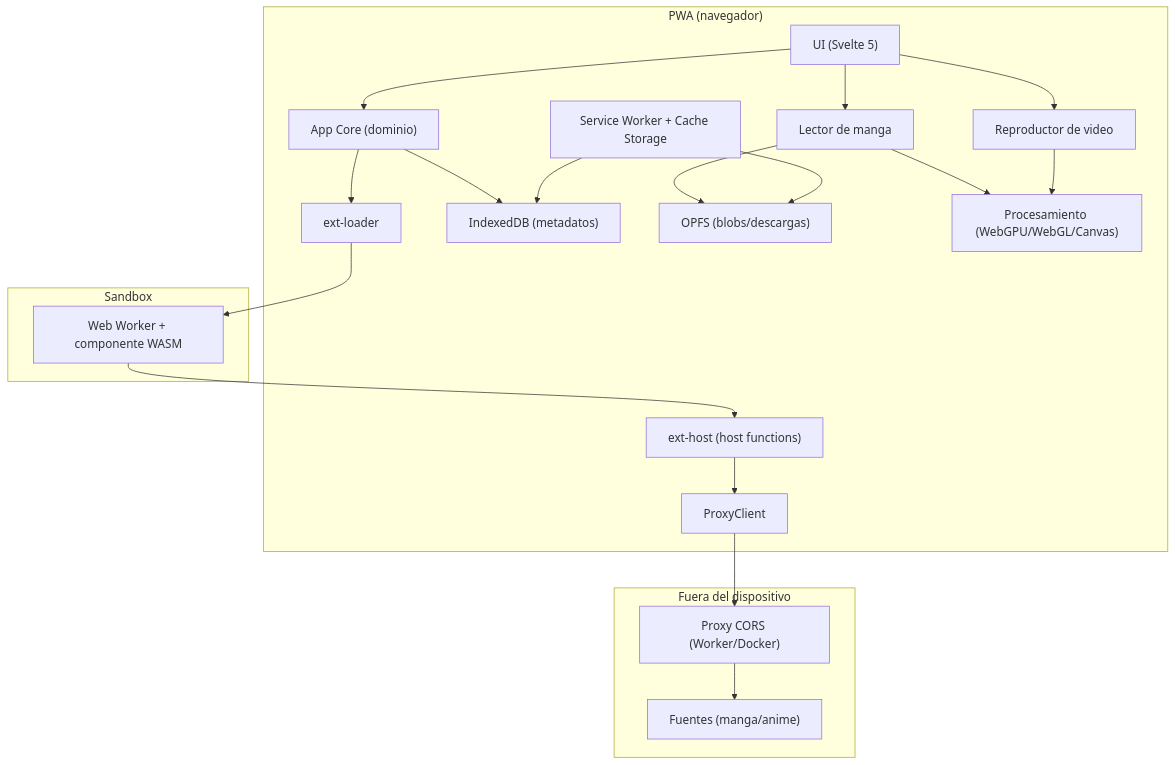
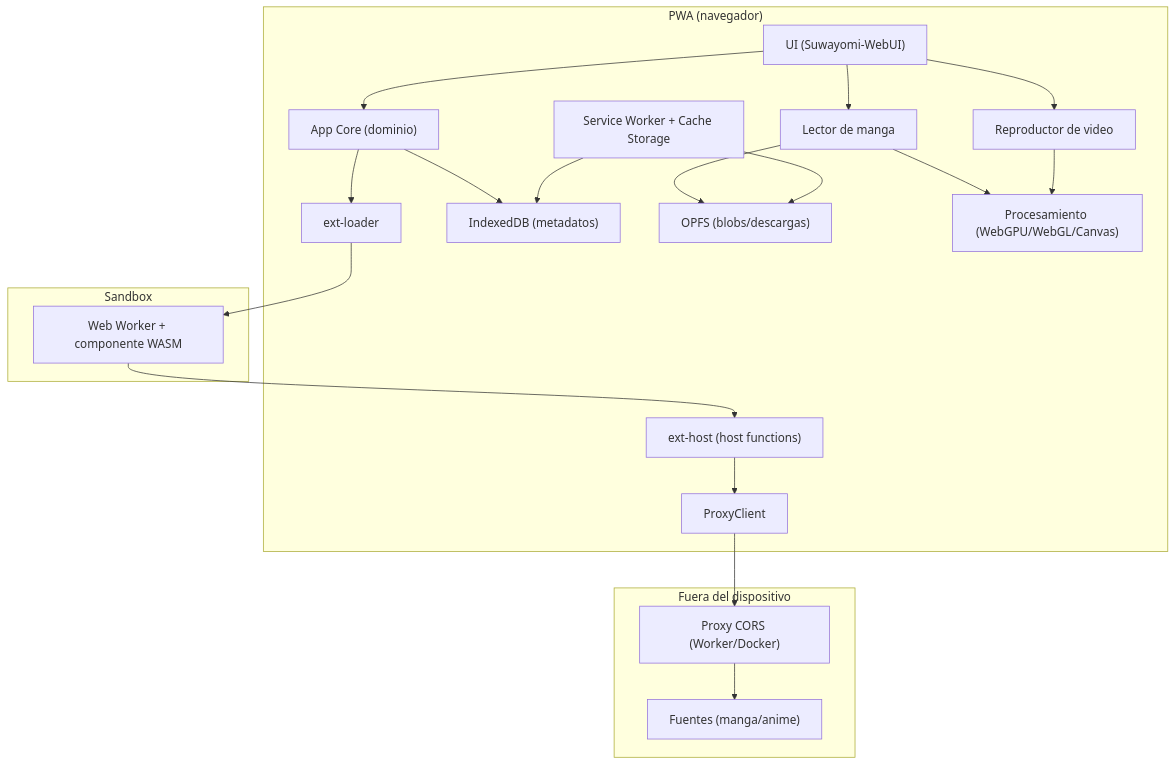
Before and after one commit to pepe1784/AniWeb: the first of 3 diagrams in docs/02-arquitectura.md, drawn with Mermaid. The commit also changed other lines of this file and 42 other files, not shown here.

First line of the commit message:
refactor(client): replace custom Svelte UI with Suwayomi-WebUI

````diff
--- a/docs/02-arquitectura.md
+++ b/docs/02-arquitectura.md
@@ -15,39 +22,39 @@
 ```mermaid
 flowchart TD
   subgraph Cliente["PWA (navegador)"]
-    UI["UI (Svelte 5)"]
+    UI["UI (Suwayomi-WebUI)"]
     CORE["App Core (dominio)"]
     READER["Lector de manga"]
     PLAYER["Reproductor de video"]
     LOADER["ext-loader"]
     HOST["ext-host (host functions)"]
     PROXYCLIENT["ProxyClient"]
     IDB["IndexedDB (metadatos)"]
     OPFS["OPFS (blobs/descargas)"]
     GPU["Procesamiento (WebGPU/WebGL/Canvas)"]
     SW["Service Worker + Cache Storage"]
   end
   subgraph Sandbox["Sandbox"]
     WORKER["Web Worker + componente WASM"]
   end
   subgraph Externo["Fuera del dispositivo"]
     PROXY["Proxy CORS (Worker/Docker)"]
     SOURCES["Fuentes (manga/anime)"]
   end
 
   UI --> CORE
   UI --> READER
   UI --> PLAYER
   CORE --> LOADER
   LOADER --> WORKER
   WORKER --> HOST
   HOST --> PROXYCLIENT
   PROXYCLIENT --> PROXY
   PROXY --> SOURCES
   CORE --> IDB
   READER --> OPFS
   READER --> GPU
   PLAYER --> GPU
   SW --> IDB
   SW --> OPFS
 ```
````
